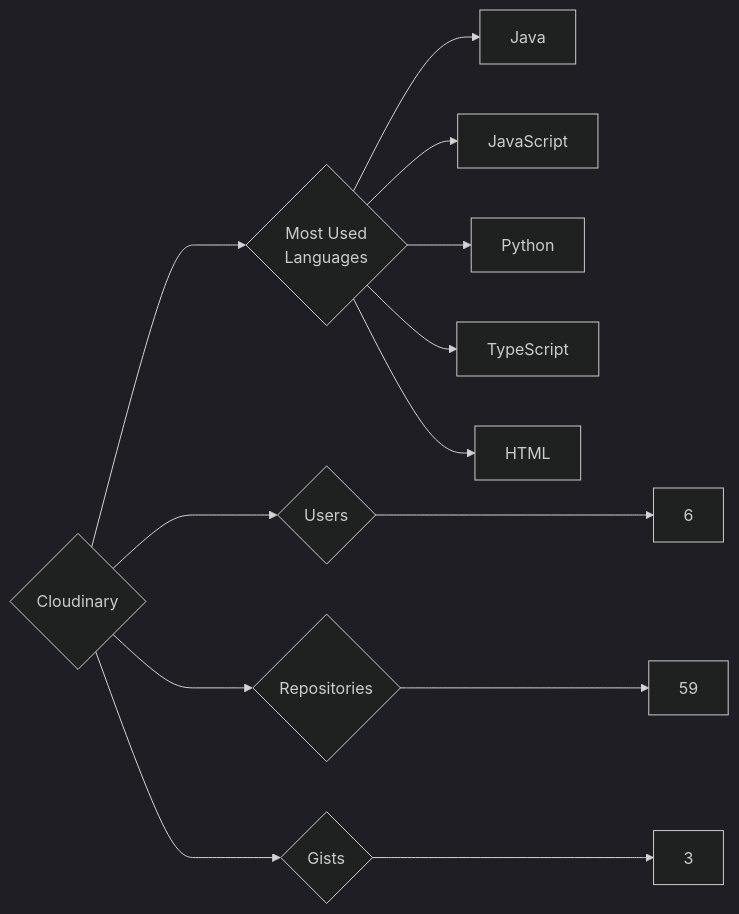
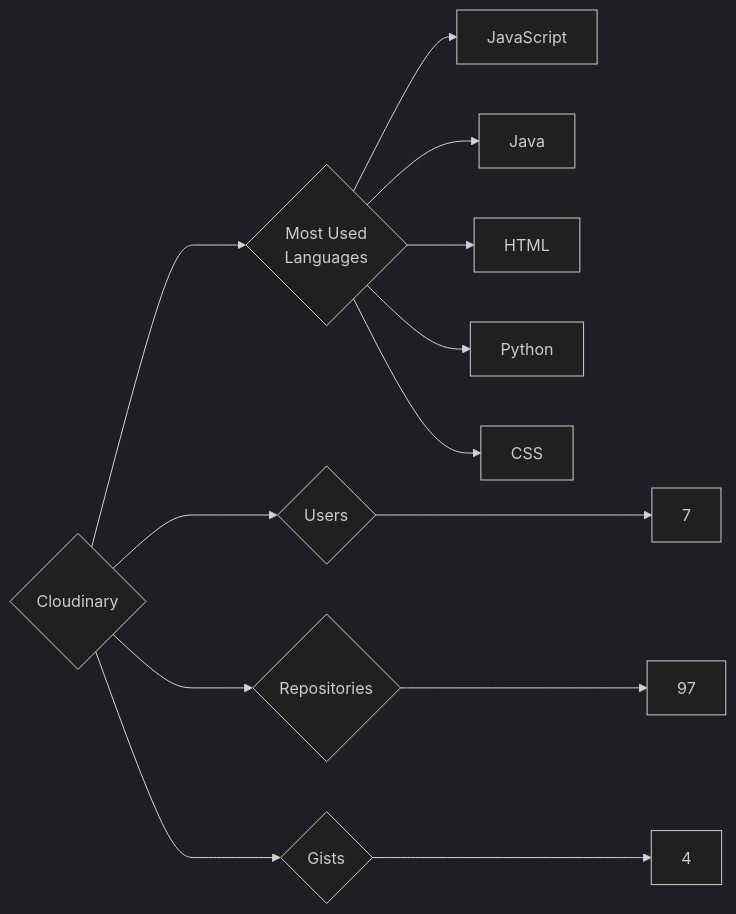
One commit to trickest/insiders changed the diagram in targets/Cloudinary/README.md. Above: the diagram before and after it, drawn with Mermaid (dark theme). The commit also changed 993 other files, not shown here.

````diff
--- a/targets/Cloudinary/README.md
+++ b/targets/Cloudinary/README.md
@@ -3,13 +3,13 @@
 ```mermaid
 graph LR
 COMPANY_NAME{Cloudinary}
-COMPANY_NAME ---> U{Users} ---> UN[6]
-COMPANY_NAME ---> R{Repositories} ---> RN[59]
-COMPANY_NAME ---> G{Gists} ---> GN[3]
+COMPANY_NAME ---> U{Users} ---> UN[7]
+COMPANY_NAME ---> R{Repositories} ---> RN[97]
+COMPANY_NAME ---> G{Gists} ---> GN[4]
 COMPANY_NAME ---> ML{Most Used<br>Languages}
+ML --> JavaScript[JavaScript]
 ML --> Java[Java]
-ML --> JavaScript[JavaScript]
+ML --> HTML[HTML]
 ML --> Python[Python]
-ML --> TypeScript[TypeScript]
-ML --> HTML[HTML]
+ML --> CSS[CSS]
 ```
````
